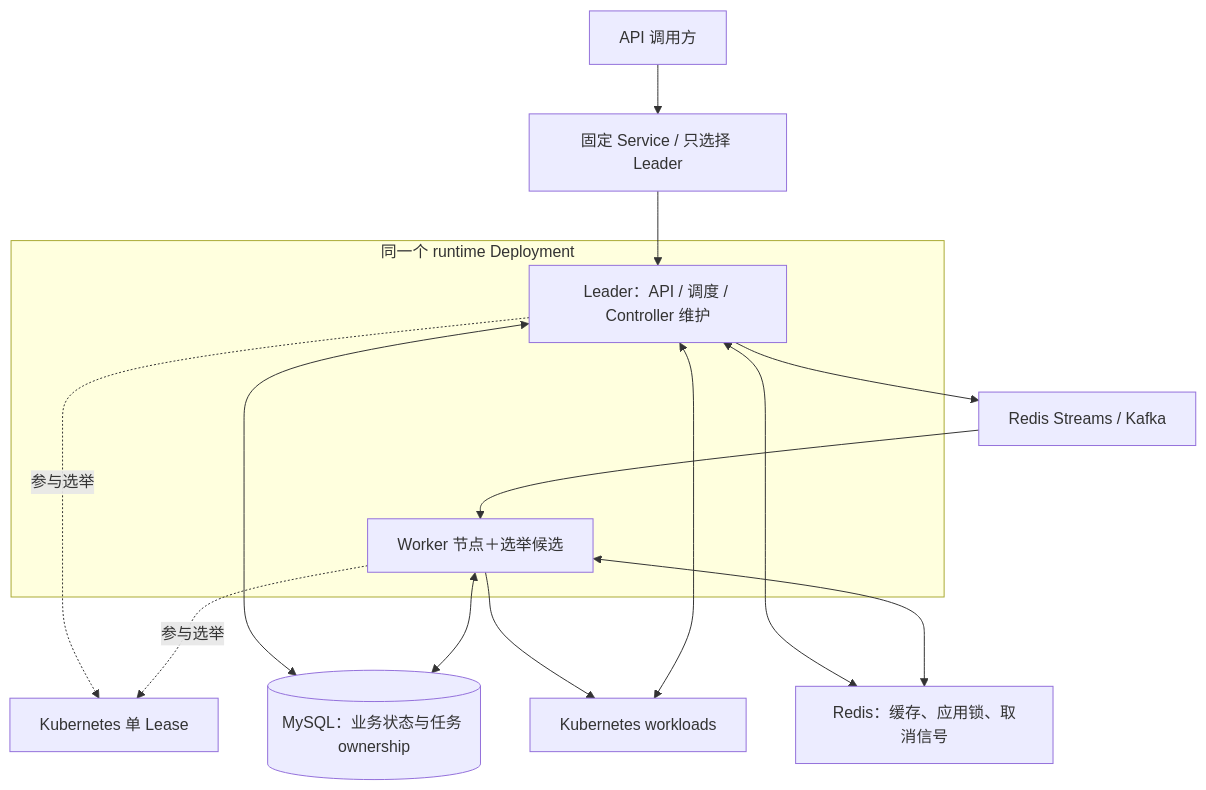
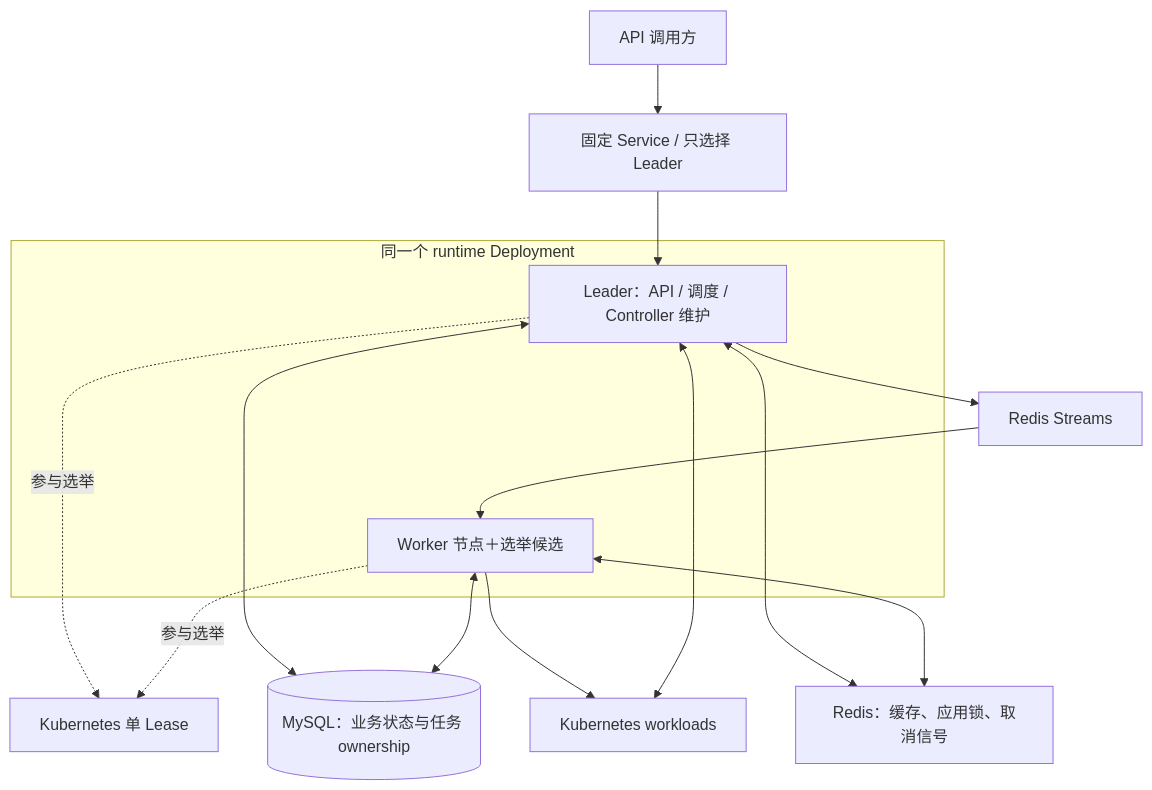
Before and after one commit to PixelCores/Eruun: the first of 5 diagrams in docs/architecture-diagrams.md, drawn with Mermaid. The commit also changed other lines of this file and 74 other files, not shown here.

````diff
--- a/docs/architecture-diagrams.md
+++ b/docs/architecture-diagrams.md
@@ -7,19 +7,19 @@
 ```mermaid
 flowchart TB
     Client[API 调用方] --> Service[固定 Service / 只选择 Leader]
     subgraph Runtime[同一个 runtime Deployment]
         Leader[Leader：API / 调度 / Controller 维护]
         Workers[Worker 节点＋选举候选]
     end
     Service --> Leader
     Leader -. 参与选举 .-> Lease[Kubernetes 单 Lease]
     Workers -. 参与选举 .-> Lease
     Leader <--> DB[(MySQL：业务状态与任务 ownership)]
-    Leader --> Queue[Redis Streams / Kafka]
+    Leader --> Queue[Redis Streams]
     Queue --> Workers
     Workers <--> DB
     Workers --> K8s[Kubernetes workloads]
     Leader <--> K8s
     Leader <--> Redis[Redis：缓存、应用锁、取消信号]
     Workers <--> Redis
 ```
````
